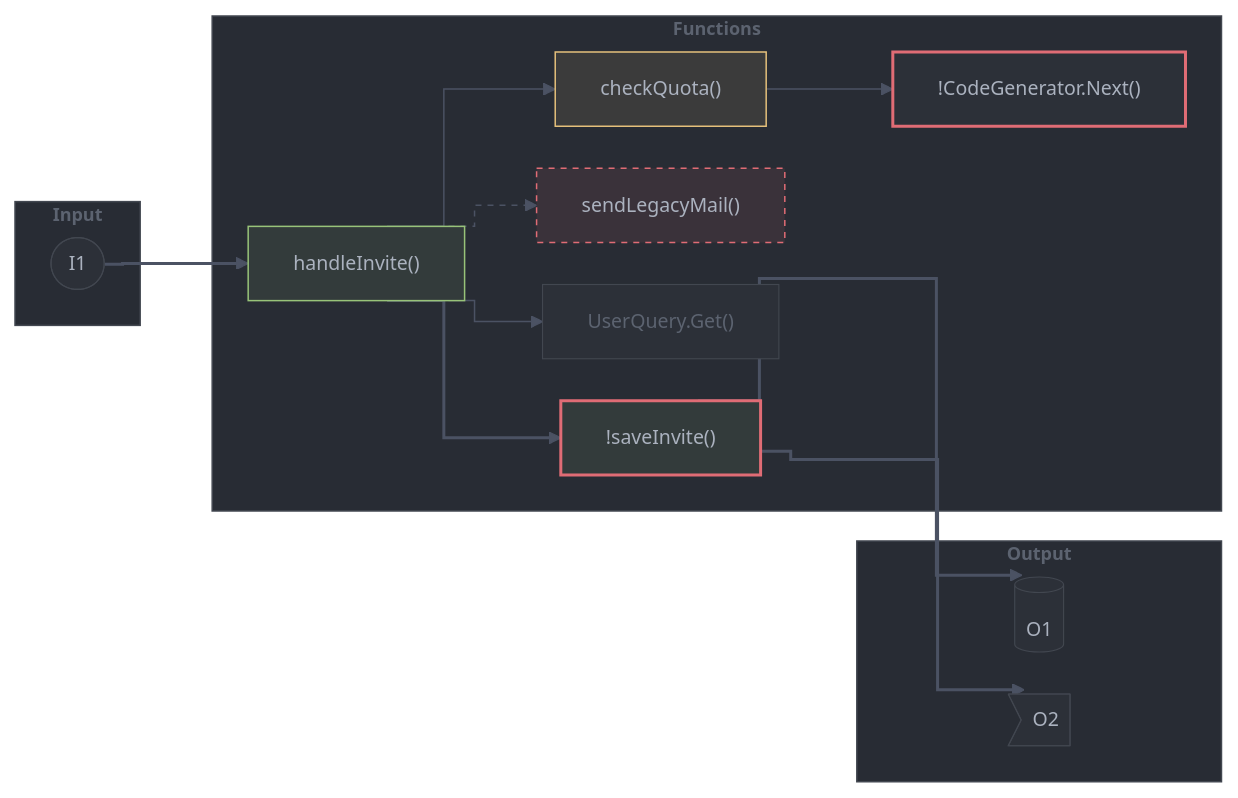
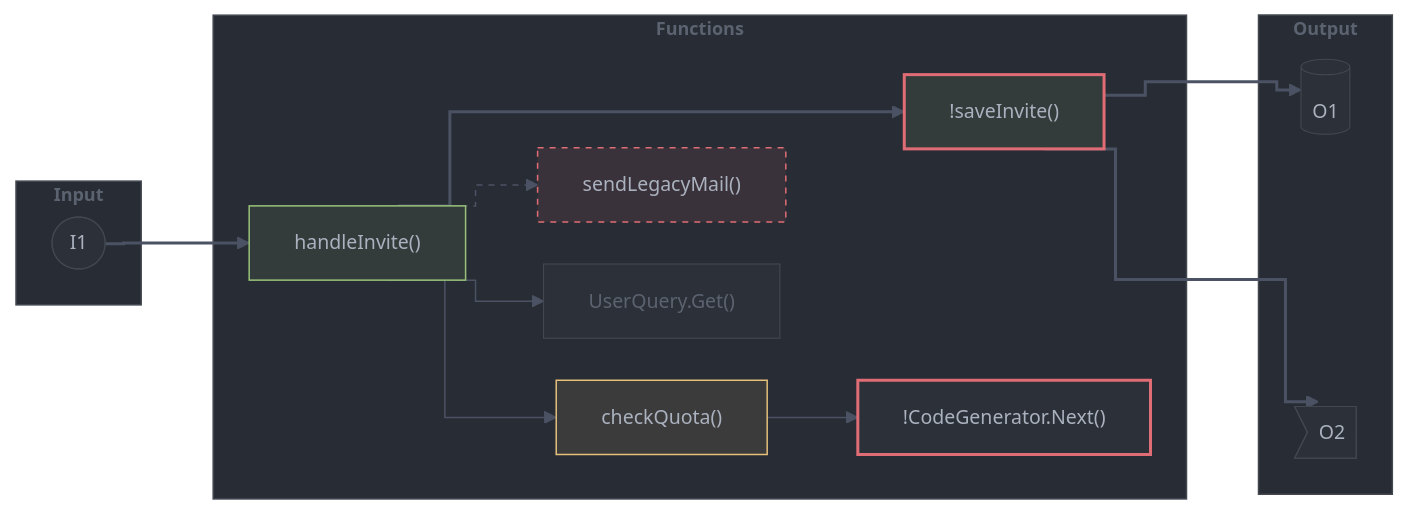
One commit to gagoar/pr-brief changed diagram 16 of 17 in docs/samples/craft-themes.md. Above: the diagram before and after it, drawn with Mermaid. The commit also changed other lines of this file, not shown here.

````diff
--- a/docs/samples/craft-themes.md
+++ b/docs/samples/craft-themes.md
@@ -706,39 +738,41 @@
 ```mermaid
 %%{init: {"theme":"base","flowchart":{"curve":"step","nodeSpacing":28,"rankSpacing":48,"diagramPadding":40},"themeVariables":{"darkMode":true,"background":"#282c34","fontFamily":"Inter, Helvetica, Arial","fontSize":"13px","dropShadow":"none","primaryColor":"#2c3038","primaryTextColor":"#abb2bf","primaryBorderColor":"#424750","nodeTextColor":"#abb2bf","textColor":"#abb2bf","mainBkg":"#2c3038","nodeBorder":"#424750","lineColor":"#4b5263","clusterBkg":"#282c34","clusterBorder":"#424750","titleColor":"#5c6370","edgeLabelBackground":"#282c34"}}}%%
 graph LR
   subgraph IN["Input"]
     I1(["I1"])
   end
   subgraph FN["Functions"]
     F1["handleInvite()"]:::added
     F2["checkQuota()"]:::modified
     F3["sendLegacyMail()"]:::removed
     F4["UserQuery.Get()"]:::context
     F5["!CodeGenerator.Next()"]:::risk
     F6["!saveInvite()"]:::riskadded
   end
   subgraph OUT["Output"]
     O1[("O1")]
     O2>"O2"]
   end
   I1 ==> F1
   F1 --> F2
   F1 --> F4
   F2 --> F5
   F1 ==> F6
   F1 -.-> F3
   F6 ==> O1
   F6 ==> O2
+  F5 ~~~ O1
+  F5 ~~~ O2
   classDef default fill:#2c3038,stroke:#424750,stroke-width:0.75px,color:#abb2bf,font-weight:500
   classDef added fill:#333b3b,stroke:#98c379,stroke-width:1px,color:#abb2bf,font-weight:500
   classDef modified fill:#3b3b3b,stroke:#e5c07b,stroke-width:1px,color:#abb2bf,font-weight:500
   classDef removed fill:#3a323a,stroke:#e06c75,stroke-width:1px,stroke-dasharray:4 4,color:#abb2bf,font-weight:500
   classDef context fill:#2c3038,stroke:#424750,stroke-width:0.75px,color:#5c6370,font-weight:500
   classDef risk fill:#2c3038,stroke:#e06c75,stroke-width:2px,color:#abb2bf,font-weight:500
   classDef riskadded fill:#333b3b,stroke:#e06c75,stroke-width:2px,color:#abb2bf,font-weight:500
   classDef zone fill:#282c34,stroke:#424750,stroke-width:1px,color:#5c6370,font-weight:600,font-size:12px
   class IN,FN,OUT zone
-  linkStyle default stroke:#4b5263,stroke-width:1px
+  linkStyle 1,2,3 stroke:#4b5263,stroke-width:1px
   linkStyle 0,4,6,7 stroke:#4b5263,stroke-width:2px
   linkStyle 5 stroke:#4b5263,stroke-width:1px,stroke-dasharray:4 4
 ```
````
